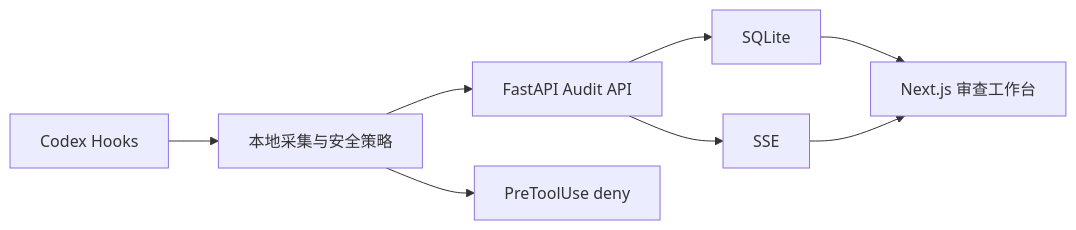
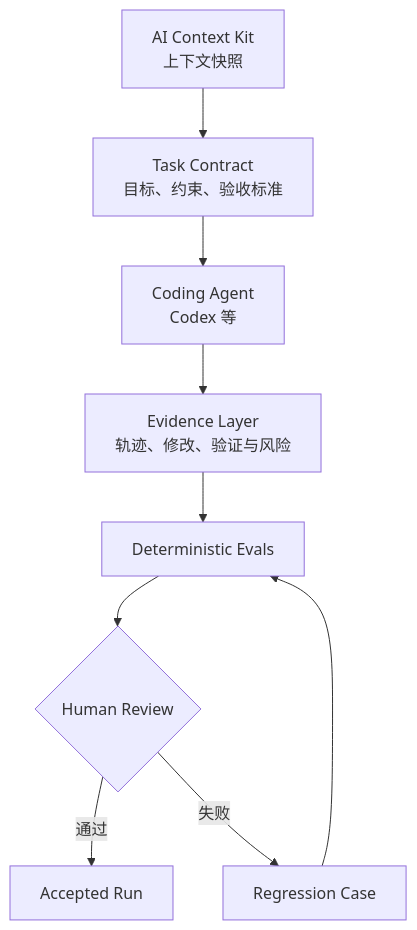
The diagram in README.md (sorenjing/EvolveTrace), drawn with Mermaid before and after one commit. The commit also changed other lines of this file and 3 other files, not shown here.

````diff
--- a/README.md
+++ b/README.md
@@ -55,10 +24,11 @@
 ```mermaid
-flowchart LR
-    A["Codex Hooks"] --> B["本地采集与安全策略"]
-    B --> C["FastAPI Audit API"]
-    B --> D["PreToolUse deny"]
-    C --> E["SQLite"]
-    C --> F["SSE"]
-    E --> G["Next.js 审查工作台"]
-    F --> G
+flowchart TD
+    A["AI Context Kit<br/>上下文快照"] --> B["Task Contract<br/>目标、约束、验收标准"]
+    B --> C["Coding Agent<br/>Codex 等"]
+    C --> D["Evidence Layer<br/>轨迹、修改、验证与风险"]
+    D --> E["Deterministic Evals"]
+    E --> F{"Human Review"}
+    F -->|通过| G["Accepted Run"]
+    F -->|失败| H["Regression Case"]
+    H --> E
 ```
````
